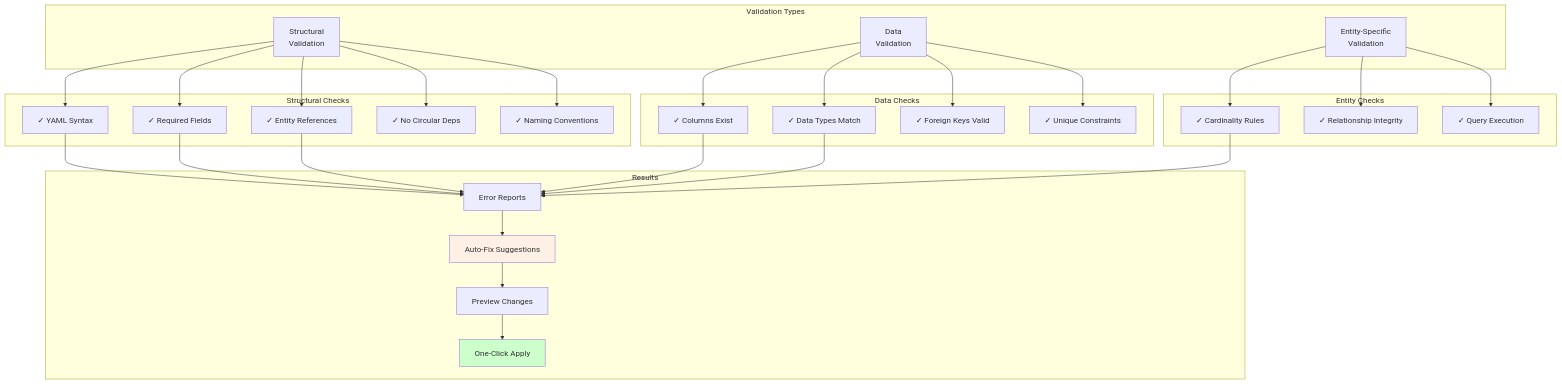
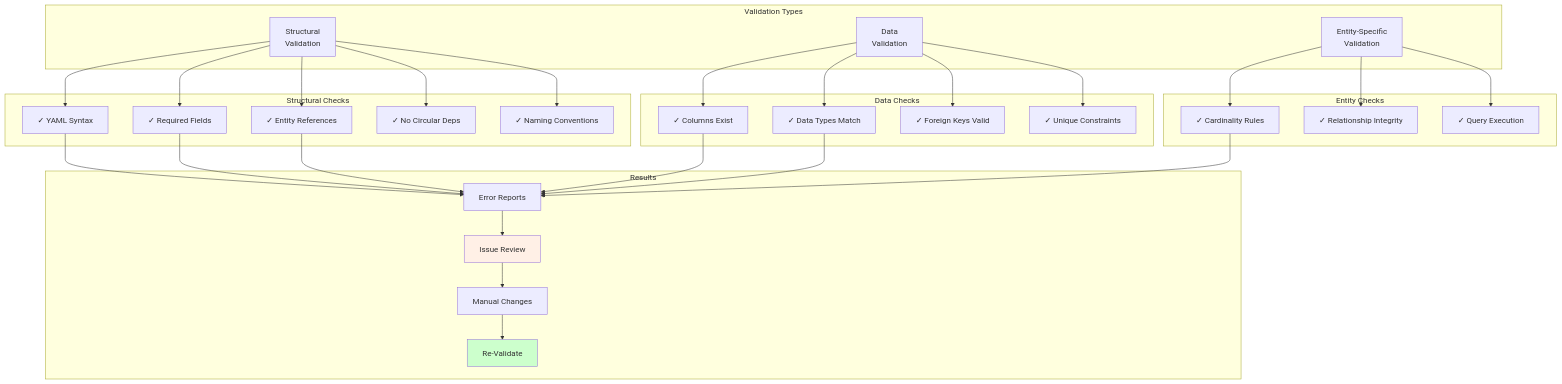
Before and after one commit to humlab-sead/sead_shape_shifter: the eighth of 15 diagrams in docs/SYSTEM_DIAGRAMS.md, drawn with Mermaid. The commit also changed other lines of this file and 11 other files, not shown here.

````diff
--- a/docs/SYSTEM_DIAGRAMS.md
+++ b/docs/SYSTEM_DIAGRAMS.md
@@ -426,54 +426,54 @@
 ```mermaid
 flowchart TB
     subgraph "Validation Types"
         V1[Structural<br/>Validation]
         V2[Data<br/>Validation]
         V3[Entity-Specific<br/>Validation]
     end
     
     subgraph "Structural Checks"
         S1[✓ YAML Syntax]
         S2[✓ Required Fields]
         S3[✓ Entity References]
         S4[✓ No Circular Deps]
         S5[✓ Naming Conventions]
     end
     
     subgraph "Data Checks"
         D1[✓ Columns Exist]
         D2[✓ Data Types Match]
         D3[✓ Foreign Keys Valid]
         D4[✓ Unique Constraints]
     end
     
     subgraph "Entity Checks"
         E1[✓ Cardinality Rules]
         E2[✓ Relationship Integrity]
         E3[✓ Query Execution]
     end
     
     subgraph "Results"
         R1[Error Reports]
-        R2[Auto-Fix Suggestions]
-        R3[Preview Changes]
-        R4[One-Click Apply]
+        R2[Issue Review]
+        R3[Manual Changes]
+        R4[Re-Validate]
     end
     
     V1 --> S1 & S2 & S3 & S4 & S5
     V2 --> D1 & D2 & D3 & D4
     V3 --> E1 & E2 & E3
     
     S1 --> R1
     S2 --> R1
     S3 --> R1
     D1 --> R1
     D2 --> R1
     E1 --> R1
     
     R1 --> R2
     R2 --> R3
     R3 --> R4
     
     style R2 fill:#fff0e6
     style R4 fill:#ccffcc
 ```
````
